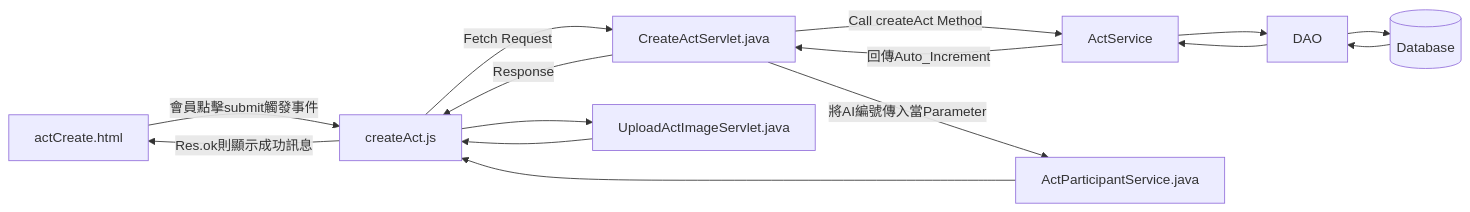
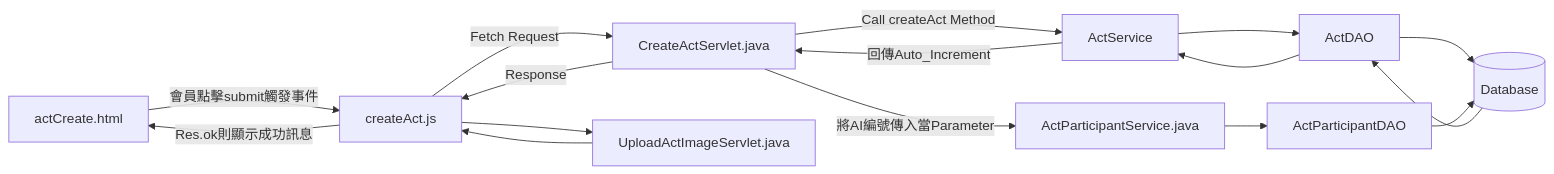
One commit to TLexYuW/CGA103G1OwnPart changed the second of 11 diagrams in README.md. Above: the diagram before and after it, drawn with Mermaid.

Commit message:
LexVaultBackup: 2022-09-11 22:23:52
Affected files:
README.md

````diff
--- a/README.md
+++ b/README.md
@@ -62,8 +62,8 @@
 ```mermaid
 flowchart LR
-	aC[actCreate.html] -->|會員點擊submit觸發事件| cA[createAct.js] -->|Fetch Request| CAS[CreateActServlet.java] -->|Call createAct Method| AS[ActService] --> DAO --> DB[(Database)]
-	DB --> DAO --> AS -->|回傳Auto_Increment| CAS -->|Response| cA -->|Res.ok則顯示成功訊息| aC
-	CAS -->|將AI編號傳入當Parameter| APS[ActParticipantService.java] -->
+	aC[actCreate.html] -->|會員點擊submit觸發事件| cA[createAct.js] -->|Fetch Request| CAS[CreateActServlet.java] -->|Call createAct Method| AS[ActService] --> AD[ActDAO] --> DB[(Database)]
+	DB --> AD --> AS -->|回傳Auto_Increment| CAS -->|Response| cA -->|Res.ok則顯示成功訊息| aC
+	CAS -->|將AI編號傳入當Parameter| APS[ActParticipantService.java] --> ActParticipantDAO --> DB[(Database)]
 	cA --> UAIS[UploadActImageServlet.java]
 	UAIS --> cA
 ```
````
